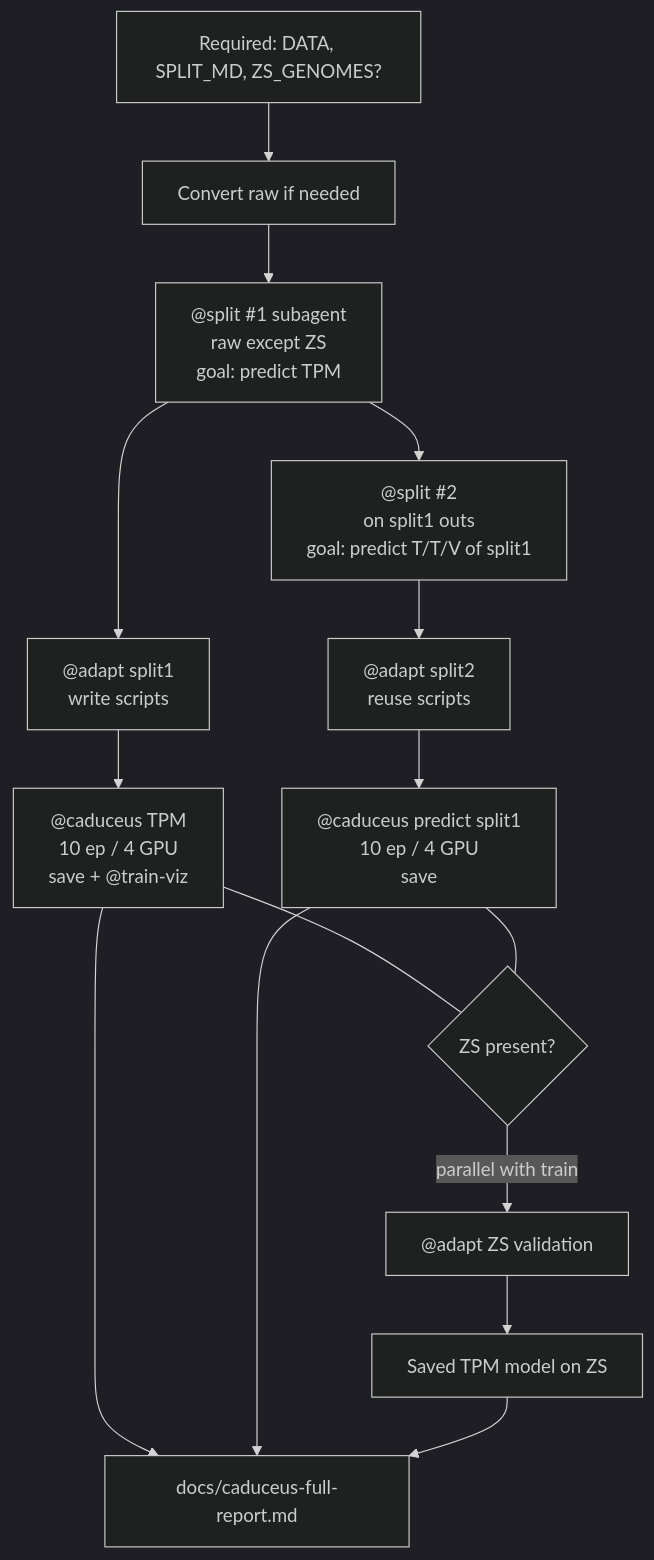
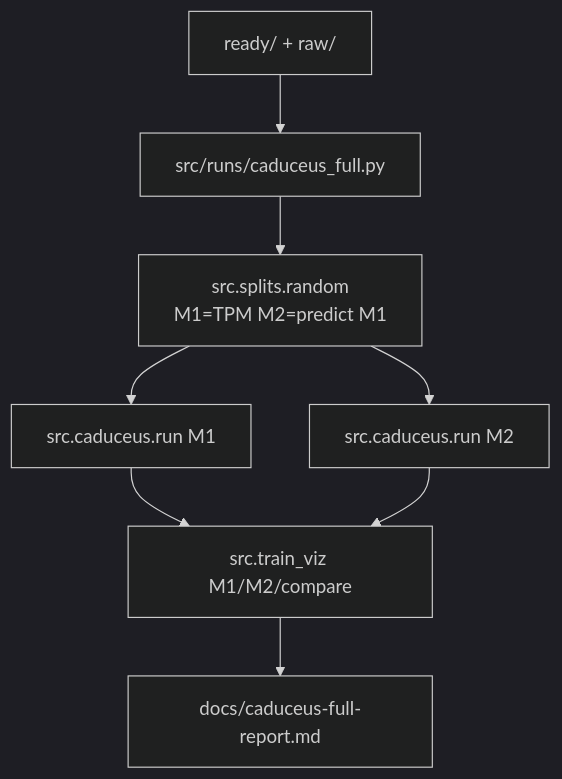
The diagram in .cursor/skills/caduceus-full/workflow.md (Sirius-Back/Giga_Mario), drawn with Mermaid (dark theme) before and after one commit. The commit also changed other lines of this file and 38 other files, not shown here.

First line of the commit message:
Wire Caduceus skills to reusable src/ entry points.

````diff
--- a/.cursor/skills/caduceus-full/workflow.md
+++ b/.cursor/skills/caduceus-full/workflow.md
@@ -3,18 +3,10 @@
 ```mermaid
 flowchart TD
-  req[Required: DATA, SPLIT_MD, ZS_GENOMES?] --> conv[Convert raw if needed]
-  conv --> split1["@split #1 subagent\nraw except ZS\ngoal: predict TPM"]
-  split1 --> split2["@split #2\non split1 outs\ngoal: predict T/T/V of split1"]
-  split1 --> adapt1["@adapt split1\nwrite scripts"]
-  split2 --> adapt2["@adapt split2\nreuse scripts"]
-  adapt1 --> trainTPM["@caduceus TPM\n10 ep / 4 GPU\nsave + @train-viz"]
-  adapt2 --> trainS1["@caduceus predict split1\n10 ep / 4 GPU\nsave"]
-  zs{ZS present?}
-  trainTPM --- zs
-  trainS1 --- zs
-  zs -->|parallel with train| adaptZS["@adapt ZS validation"]
-  adaptZS --> evalZS["Saved TPM model on ZS"]
-  trainTPM --> report[docs/caduceus-full-report.md]
-  trainS1 --> report
-  evalZS --> report
+  ready[ready/ + raw/] --> script[src/runs/caduceus_full.py]
+  script --> split["src.splits.random\nM1=TPM M2=predict M1"]
+  split --> m1["src.caduceus.run M1"]
+  split --> m2["src.caduceus.run M2"]
+  m1 --> viz["src.train_viz M1/M2/compare"]
+  m2 --> viz
+  viz --> report[docs/caduceus-full-report.md]
 ```
````
